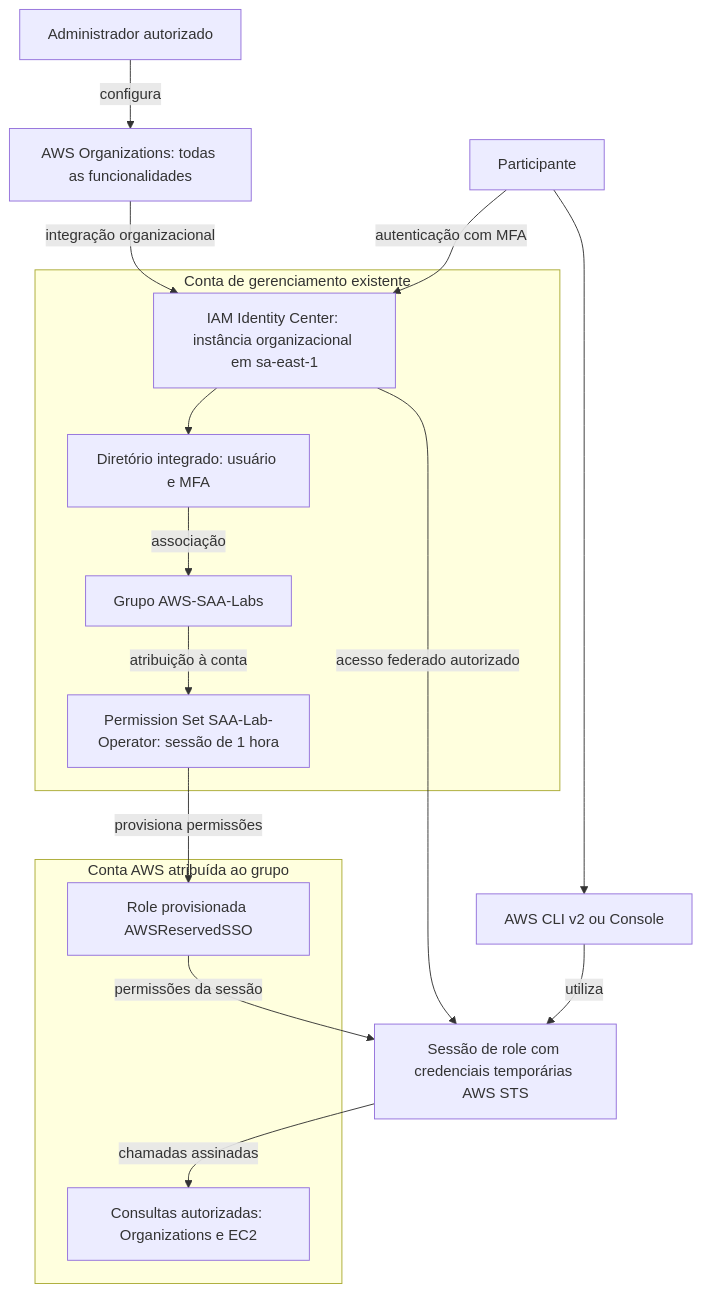
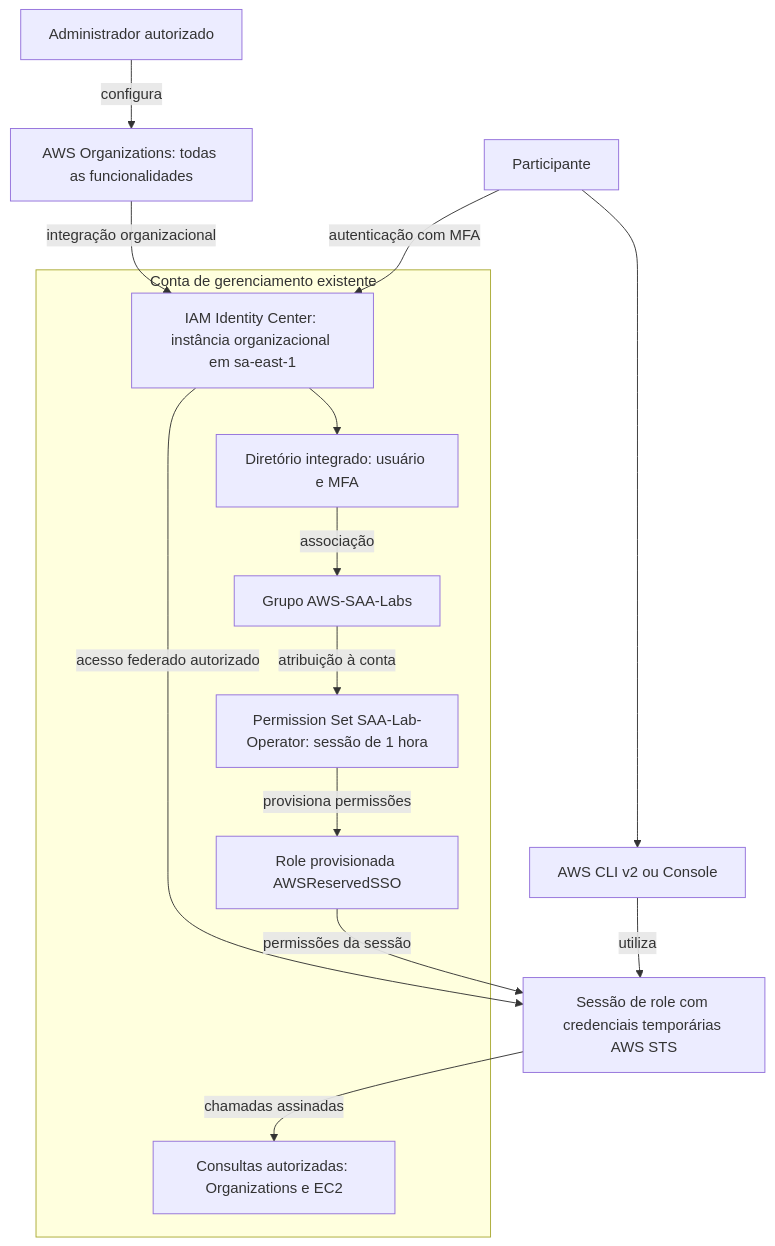
Before and after one commit to RnN90/aws-saa-labs: the first of 2 diagrams in labs/lab00-identity-governance/diagrams/identity-architecture.md, drawn with Mermaid. The commit also changed other lines of this file and 7 other files, not shown here.

Commit message:
docs(lab00): refine scope and establish cumulative lab architecture

````diff
--- a/labs/lab00-identity-governance/diagrams/identity-architecture.md
+++ b/labs/lab00-identity-governance/diagrams/identity-architecture.md
@@ -7,30 +7,28 @@
 ```mermaid
 flowchart TD
     User["Participante"]
     Admin["Administrador autorizado"]
     Org["AWS Organizations: todas as funcionalidades"]
     subgraph Management["Conta de gerenciamento existente"]
         IC["IAM Identity Center: instância organizacional em sa-east-1"]
         Directory["Diretório integrado: usuário e MFA"]
         Group["Grupo AWS-SAA-Labs"]
         PS["Permission Set SAA-Lab-Operator: sessão de 1 hora"]
-    end
-    subgraph Assigned["Conta AWS atribuída ao grupo"]
         Role["Role provisionada AWSReservedSSO"]
         APIs["Consultas autorizadas: Organizations e EC2"]
     end
     Client["AWS CLI v2 ou Console"]
     Temp["Sessão de role com credenciais temporárias AWS STS"]
     Admin -->|"configura"| Org
     Org -->|"integração organizacional"| IC
     IC --> Directory
     Directory -->|"associação"| Group
     Group -->|"atribuição à conta"| PS
     PS -->|"provisiona permissões"| Role
     User -->|"autenticação com MFA"| IC
     User --> Client
     IC -->|"acesso federado autorizado"| Temp
     Role -->|"permissões da sessão"| Temp
     Client -->|"utiliza"| Temp
     Temp -->|"chamadas assinadas"| APIs
 ```
````
